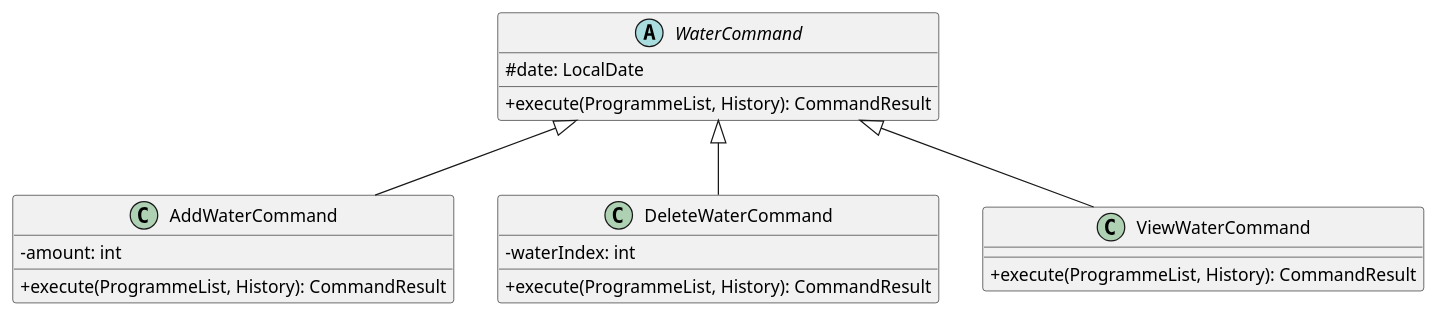
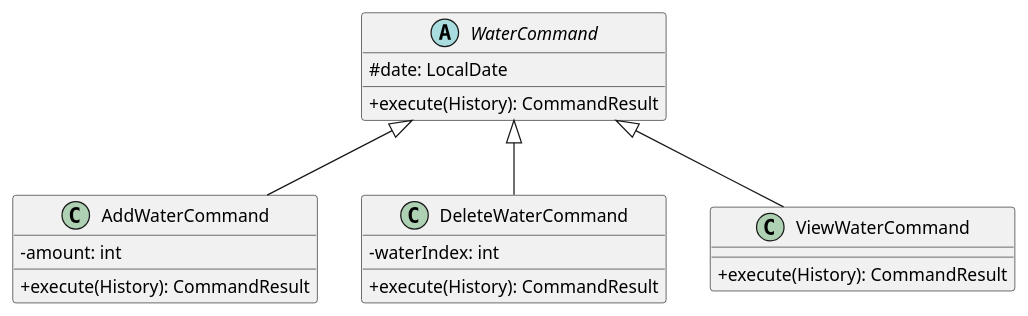
One commit to nus-cs2113-AY2425S1/tp changed the diagram in docs/diagrams/waterCommandSummary.puml. Above: the diagram before and after it, drawn with PlantUML. The commit also changed 19 other files, not shown here.

```diff
--- a/docs/diagrams/waterCommandSummary.puml
+++ b/docs/diagrams/waterCommandSummary.puml
@@ -1,28 +1,28 @@
 @startuml
 
 skinparam classAttributeIconSize 0
 
 abstract class WaterCommand {
     # date: LocalDate
-    + execute(ProgrammeList, History): CommandResult
+    + execute(History): CommandResult
 }
 
 class AddWaterCommand {
     - amount: int
-    + execute(ProgrammeList, History): CommandResult
+    + execute(History): CommandResult
 }
 
 class DeleteWaterCommand {
     - waterIndex: int
-    + execute(ProgrammeList, History): CommandResult
+    + execute(History): CommandResult
 }
 
 class ViewWaterCommand {
-    + execute(ProgrammeList, History): CommandResult
+    + execute(History): CommandResult
 }
 
 WaterCommand <|-- AddWaterCommand
 WaterCommand <|-- DeleteWaterCommand
 WaterCommand <|-- ViewWaterCommand
 
 @enduml
```
